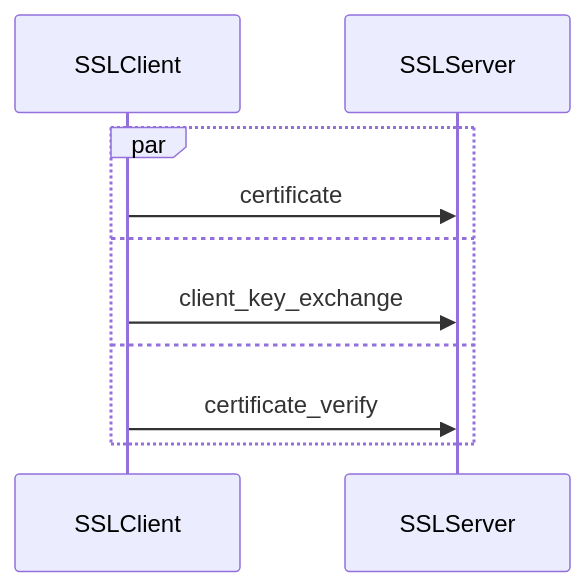
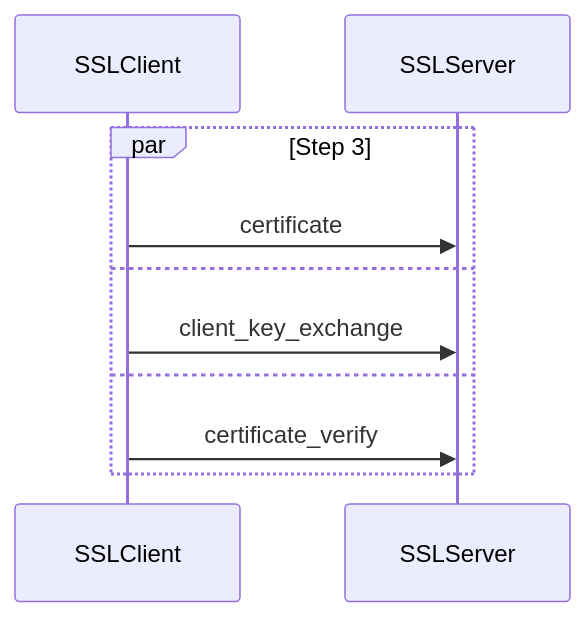
Before and after one commit to jasonren0403/notes: the fourth of 6 diagrams in notes_dev/net_security/vpn.md, drawn with Mermaid. The commit also changed other lines of this file and 30 other files, not shown here.

````diff
--- a/notes_dev/net_security/vpn.md
+++ b/notes_dev/net_security/vpn.md
@@ -485,12 +489,12 @@
 ```mermaid
 sequenceDiagram
 participant c as SSLClient
 participant s as SSLServer
-par
+par Step 3
 c->>s:certificate
 and
 c->>s:client_key_exchange
 and
 c->>s:certificate_verify
 end
 ```
````
